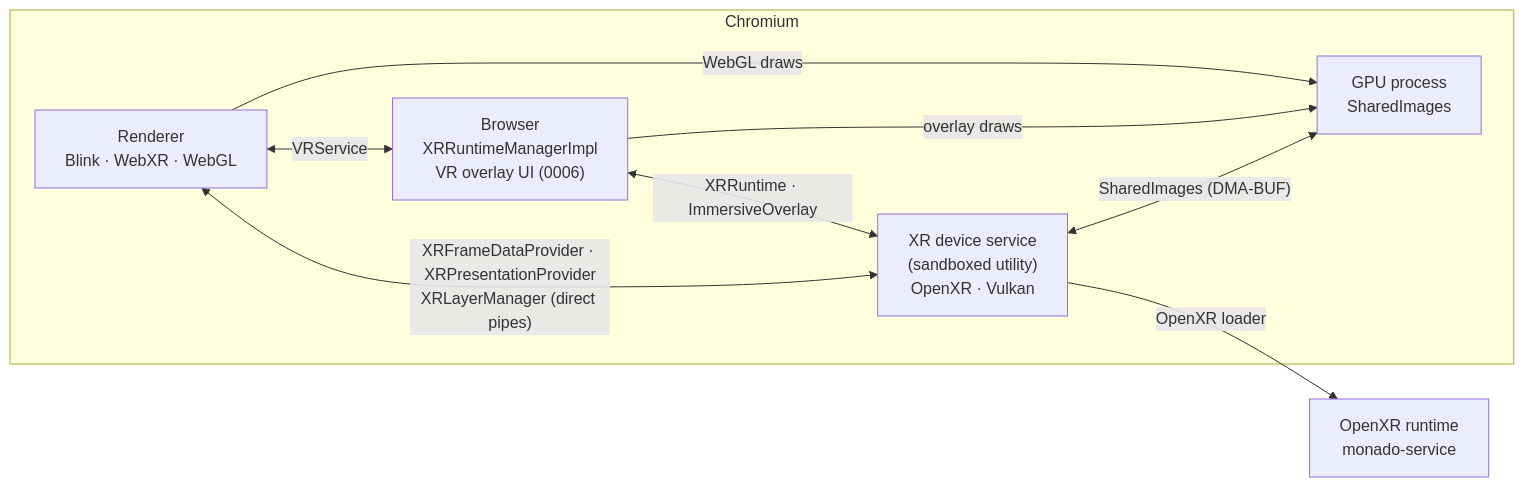
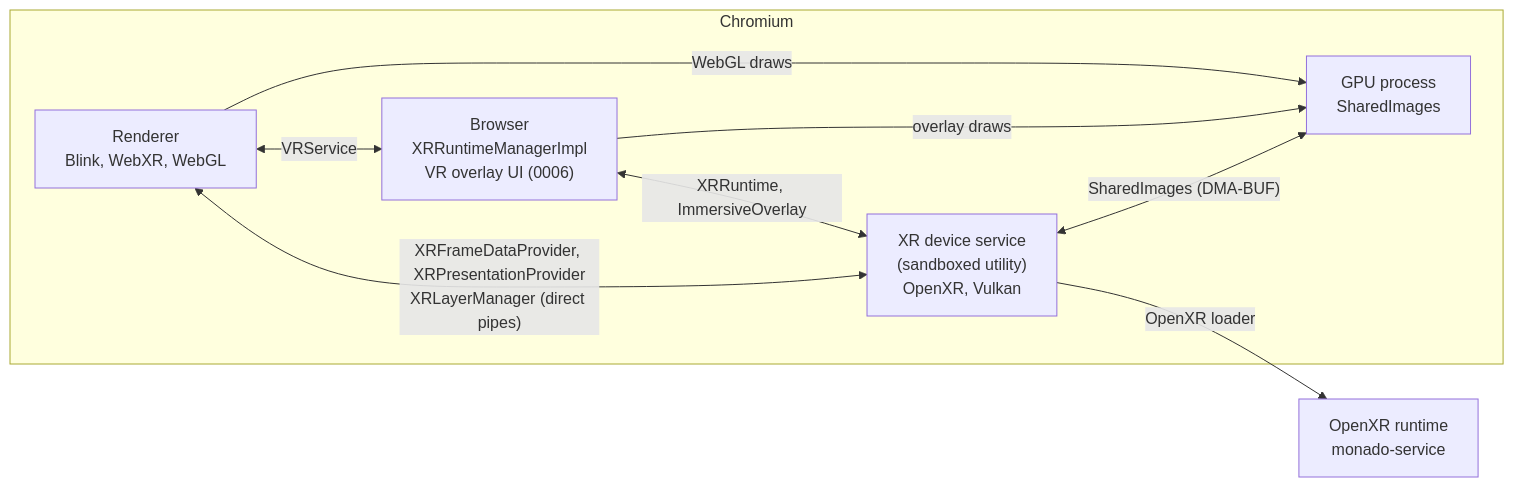
The second of 4 diagrams in README.md (utzcoz/chromium-webxr-linux), drawn with Mermaid before and after one commit. The commit also changed other lines of this file, not shown here.

First line of the commit message:
README: make the Mermaid diagrams render in older Mermaid versions

````diff
--- a/README.md
+++ b/README.md
@@ -140,18 +140,18 @@
 ```mermaid
 flowchart LR
     subgraph Chromium
-      R["Renderer<br/>Blink · WebXR · WebGL"]
+      R["Renderer<br/>Blink, WebXR, WebGL"]
       B["Browser<br/>XRRuntimeManagerImpl<br/>VR overlay UI (0006)"]
       G["GPU process<br/>SharedImages"]
-      U["XR device service<br/>(sandboxed utility)<br/>OpenXR · Vulkan"]
+      U["XR device service<br/>(sandboxed utility)<br/>OpenXR, Vulkan"]
     end
     M["OpenXR runtime<br/>monado-service"]
 
     R <-->|VRService| B
-    B <-->|XRRuntime · ImmersiveOverlay| U
-    R <-->|"XRFrameDataProvider · XRPresentationProvider<br/>XRLayerManager (direct pipes)"| U
+    B <-->|XRRuntime, ImmersiveOverlay| U
+    R <-->|"XRFrameDataProvider, XRPresentationProvider<br/>XRLayerManager (direct pipes)"| U
     R -->|WebGL draws| G
     B -->|overlay draws| G
     U <-->|"SharedImages (DMA-BUF)"| G
     U -->|OpenXR loader| M
 ```
````
